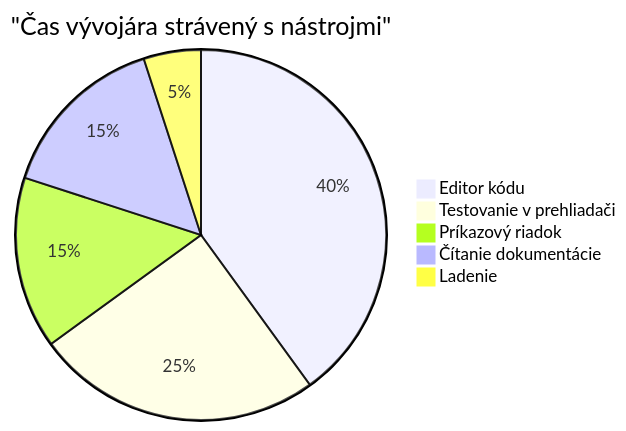
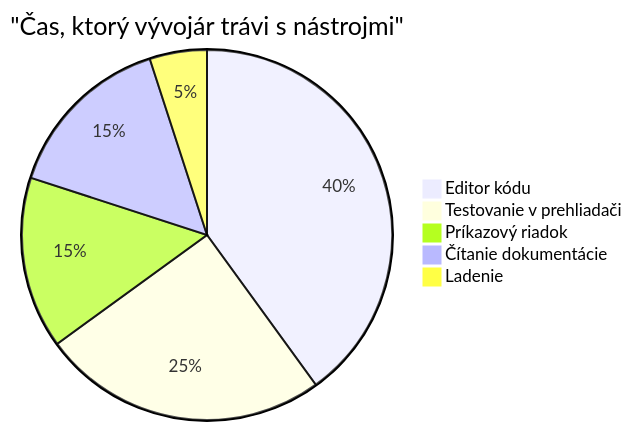
One commit to microsoft/Web-Dev-For-Beginners changed the sixth of 7 diagrams in translations/sk/1-getting-started-lessons/1-intro-to-programming-languages/README.md. Above: the diagram before and after it, drawn with Mermaid. The commit also changed other lines of this file and 8 other files, not shown here.

````diff
--- a/translations/sk/1-getting-started-lessons/1-intro-to-programming-languages/README.md
+++ b/translations/sk/1-getting-started-lessons/1-intro-to-programming-languages/README.md
@@ -711,8 +713,8 @@
 ```mermaid
-pie title "Čas vývojára strávený s nástrojmi"
+pie title "Čas, ktorý vývojár trávi s nástrojmi"
     "Editor kódu" : 40
     "Testovanie v prehliadači" : 25
     "Príkazový riadok" : 15
     "Čítanie dokumentácie" : 15
     "Ladenie" : 5
 ```
````
